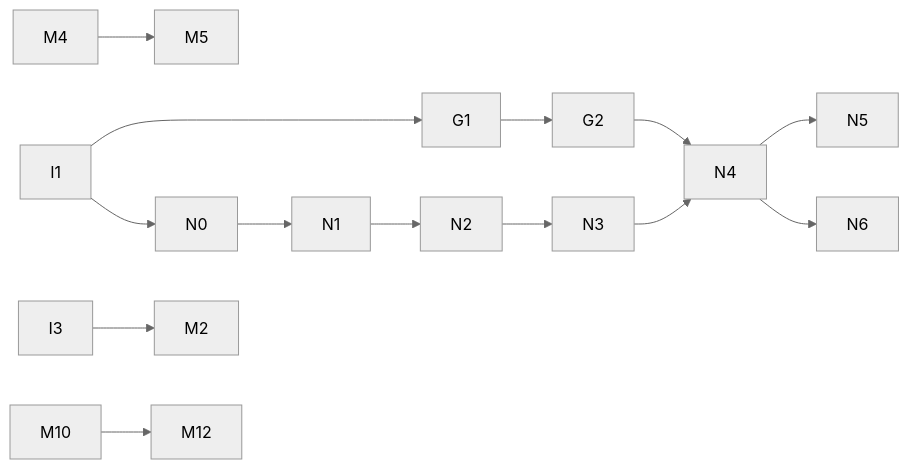
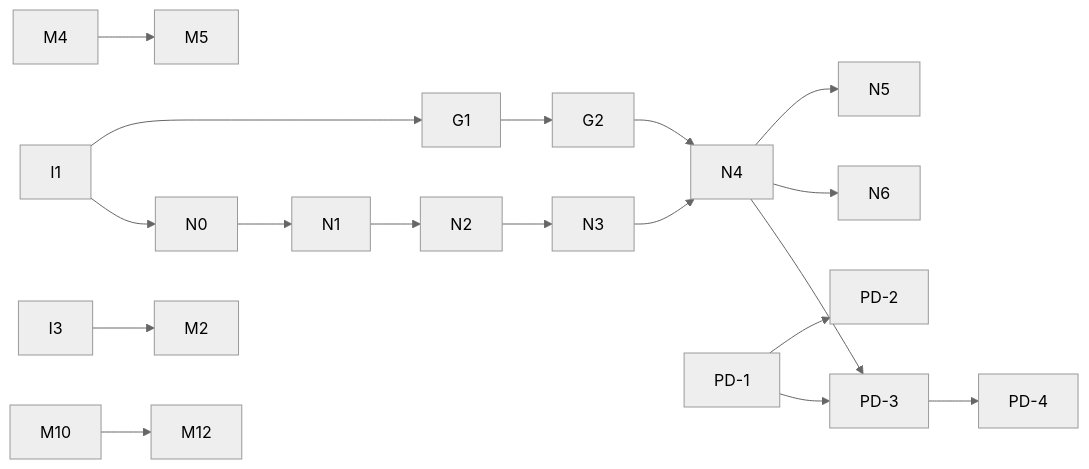
One commit to Dami-wq-k03/nano-lmcache changed the diagram in ROADMAP.md. Above: the diagram before and after it, drawn with Mermaid (neutral theme). The commit also changed other lines of this file and 24 other files, not shown here.

````diff
--- a/ROADMAP.md
+++ b/ROADMAP.md
@@ -143,11 +159,14 @@
 ```mermaid
 graph LR
   I1 --> G1 --> G2
   I1 --> N0 --> N1 --> N2 --> N3 --> N4
   N4 --> N5
   N4 --> N6
   G2 --> N4
   M4 --> M5
   I3 --> M2
   M10 --> M12
+  PD1[PD-1] --> PD2[PD-2]
+  PD1 --> PD3[PD-3] --> PD4[PD-4]
+  N4 --> PD3
 ```
````
